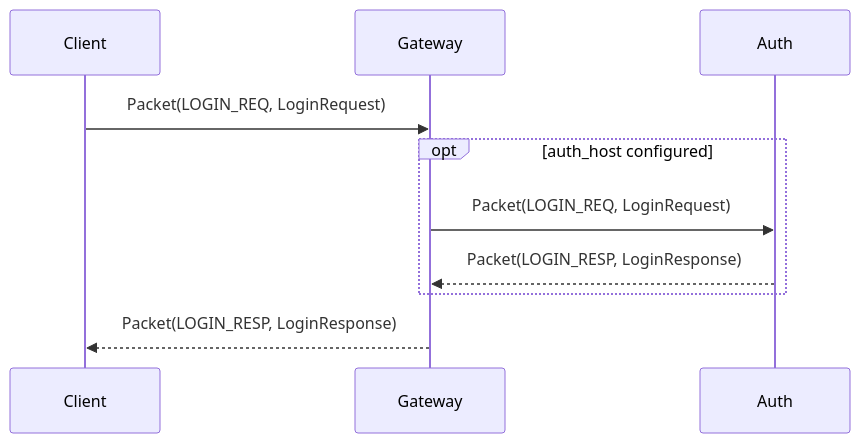
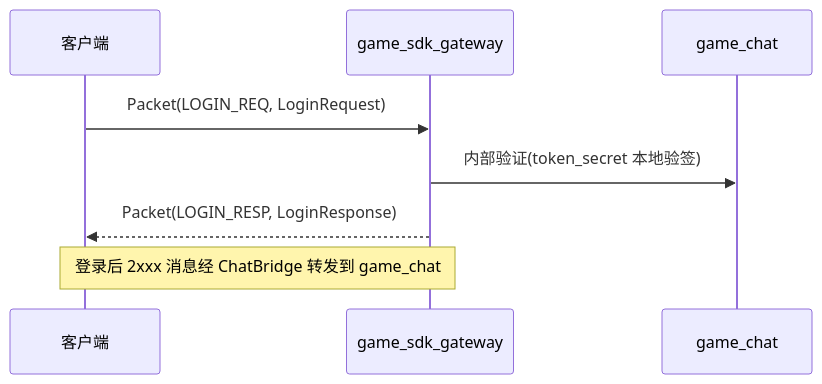
Before and after one commit to cuihairu/chirp: the first of 3 diagrams in docs/api/overview.md, drawn with Mermaid. The commit also changed other lines of this file and 3 other files, not shown here.

````diff
--- a/docs/api/overview.md
+++ b/docs/api/overview.md
@@ -142,13 +171,11 @@
 ```mermaid
 sequenceDiagram
-    participant C as Client
-    participant G as Gateway
-    participant A as Auth
+    participant C as 客户端
+    participant G as game_sdk_gateway
+    participant S as game_chat
 
     C->>G: Packet(LOGIN_REQ, LoginRequest)
-    opt auth_host configured
-        G->>A: Packet(LOGIN_REQ, LoginRequest)
-        A-->>G: Packet(LOGIN_RESP, LoginResponse)
-    end
+    G->>S: 内部验证(token_secret 本地验签)
     G-->>C: Packet(LOGIN_RESP, LoginResponse)
+    Note over C,G: 登录后 2xxx 消息经 ChatBridge 转发到 game_chat
 ```
````
